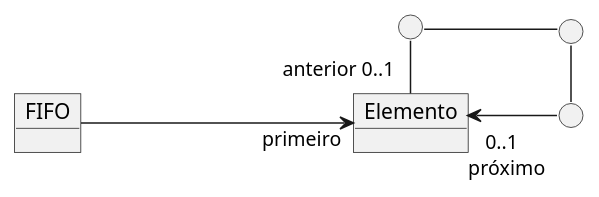
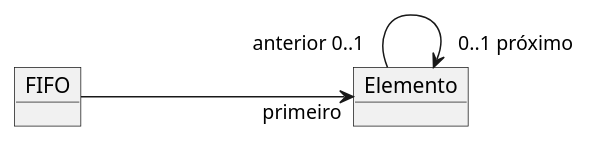
One commit to kyriosdata/oo changed the diagram in Imagens/modelos-04/mod04ima05/mod04ima05.plantuml. Above: the diagram before and after it, drawn with PlantUML. The commit also changed 19 other files, not shown here.

```diff
--- a/Imagens/modelos-04/mod04ima05/mod04ima05.plantuml
+++ b/Imagens/modelos-04/mod04ima05/mod04ima05.plantuml
@@ -1,14 +1,8 @@
 @startuml mod04ima05
-skinparam linetype ortho
 object "FIFO" as fi 
 object "Elemento" as el 
-circle " " as p1
-circle " " as p2
-circle " " as p3
+
 left to right direction
 fi ----> "primeiro" el  
-el "anterior 0..1"-left- p1
-p1 -down- p2
-p2 -right- p3
-p3 -up->"0..1 \n próximo" el
+el "anterior 0..1"--->"0..1 próximo" el
 @enduml
```
